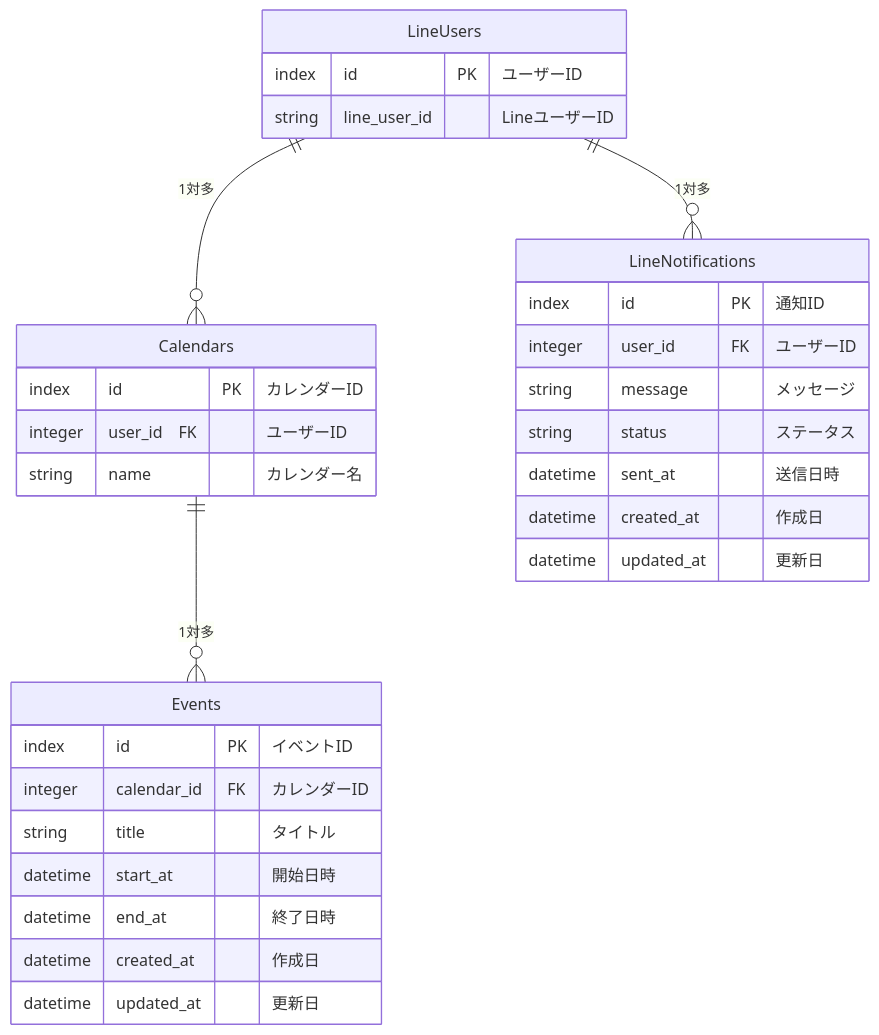
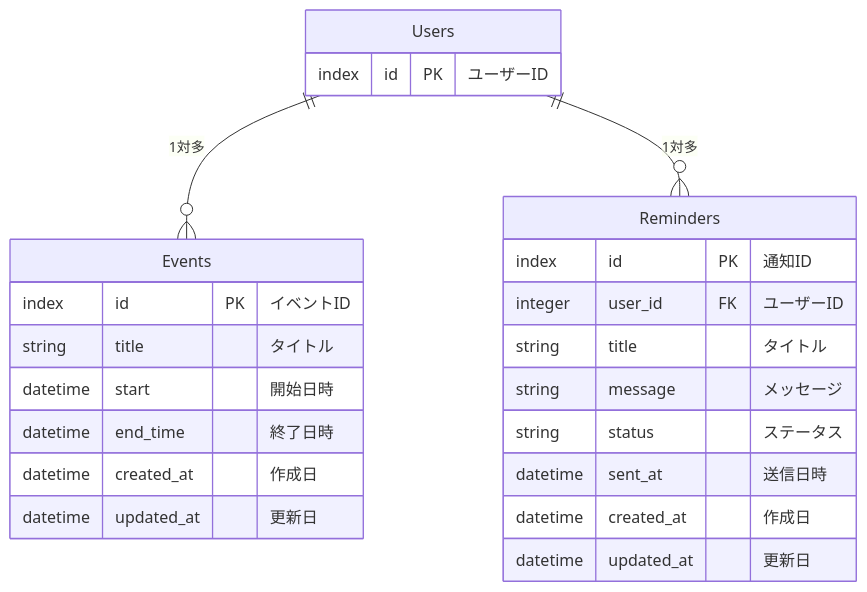
Before and after one commit to miyaki2003/README: the diagram in mermaid.md, drawn with Mermaid. The commit also changed 14 other files, not shown here.

````diff
--- a/mermaid.md
+++ b/mermaid.md
@@ -1,37 +1,29 @@
 ```mermaid
 erDiagram
-  LineUsers ||--o{ Calendars : "1対多"
-  Calendars ||--o{ Events : "1対多"
-  LineUsers ||--o{ LineNotifications : "1対多"
+  Users ||--o{ Events : "1対多"
+  Users ||--o{ Reminders : "1対多"
 
-    LineUsers {
+    Users {
       index id PK "ユーザーID"
-      string line_user_id "LineユーザーID"
-    }
-
-    Calendars {
-      index id PK "カレンダーID"
-      integer user_id　FK "ユーザーID"
-      string name "カレンダー名"
     }
 
     Events {
       index id PK "イベントID"
-      integer calendar_id FK "カレンダーID"
       string title "タイトル"
-      datetime start_at "開始日時"
-      datetime end_at "終了日時"
+      datetime start "開始日時"
+      datetime end_time "終了日時"
       datetime created_at "作成日"
       datetime updated_at "更新日"
   }
 
-    LineNotifications {
+    Reminders {
       index id PK "通知ID"
       integer user_id FK "ユーザーID"
+      string title "タイトル"
       string message "メッセージ"
       string status "ステータス"
       datetime sent_at "送信日時"
       datetime created_at "作成日"
       datetime updated_at "更新日"
     }
 ```
````
